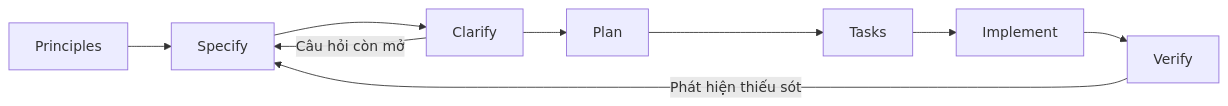
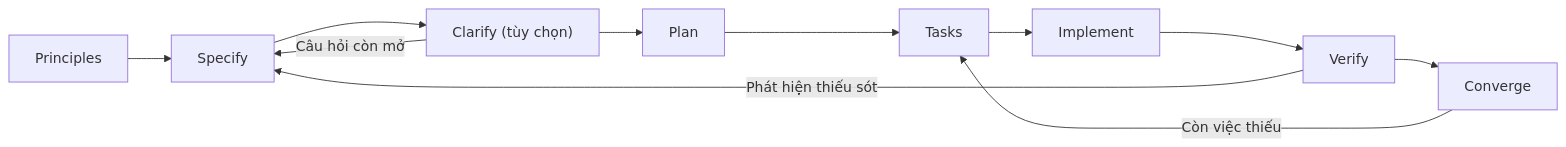
One commit to nashtech-garage/ai-spec-driven-prep changed the diagram in docs/vi/07-spec-driven-development.md. Above: the diagram before and after it, drawn with Mermaid. The commit also changed other lines of this file and 7 other files, not shown here.

````diff
--- a/docs/vi/07-spec-driven-development.md
+++ b/docs/vi/07-spec-driven-development.md
@@ -13,11 +13,13 @@
 ```mermaid
 flowchart LR
     P["Principles"] --> S["Specify"]
-    S --> C["Clarify"]
+    S --> C["Clarify (tùy chọn)"]
     C --> PL["Plan"]
     PL --> T["Tasks"]
     T --> I["Implement"]
     I --> V["Verify"]
+    V --> CV["Converge"]
+    CV -->|"Còn việc thiếu"| T
     V -->|"Phát hiện thiếu sót"| S
     C -->|"Câu hỏi còn mở"| S
 ```
````
